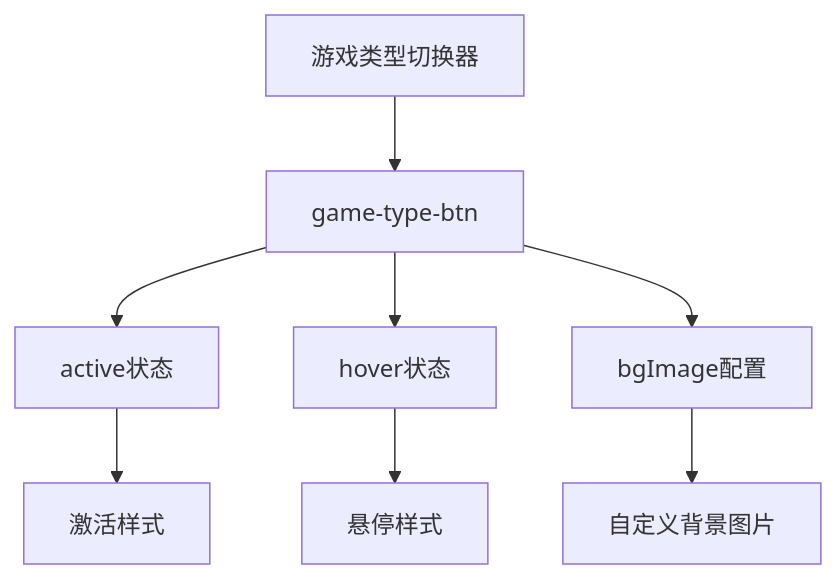
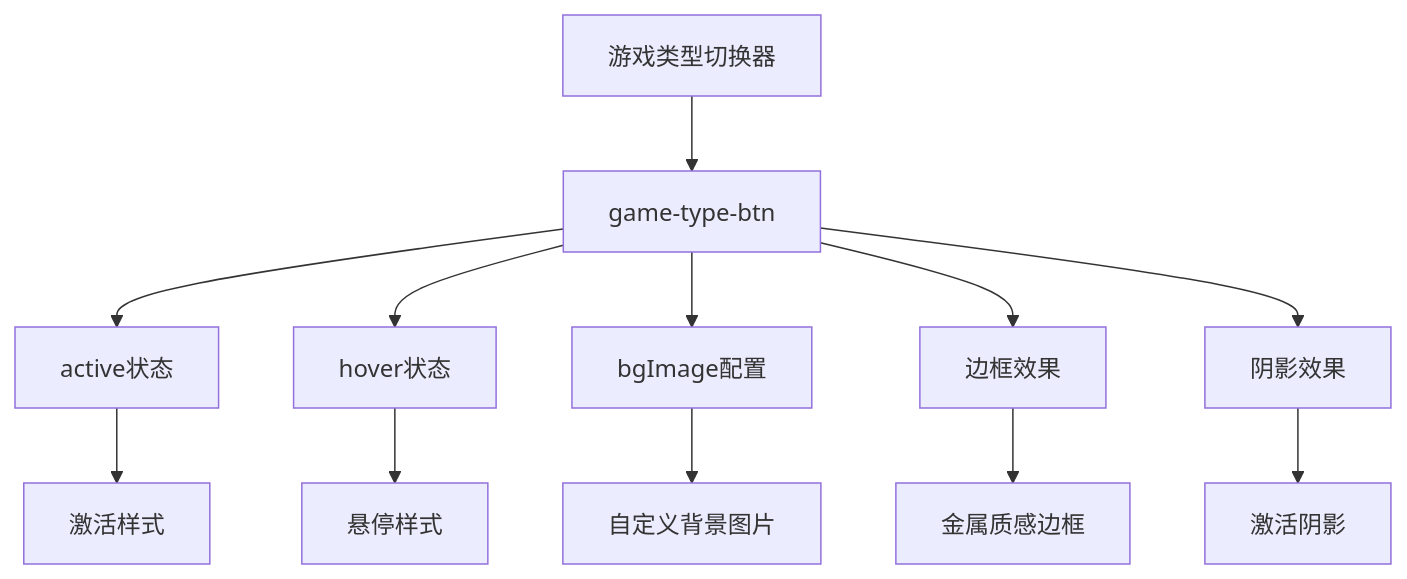
Before and after one commit to xuanyulingnfeg/gameCalendar: the eighth of 10 diagrams in .qoder/repowiki/zh/content/核心组件/GameCalendar 主容器组件.md, drawn with Mermaid. The commit also changed other lines of this file and 7 other files, not shown here.

````diff
--- a/.qoder/repowiki/zh/content/核心组件/GameCalendar 主容器组件.md
+++ b/.qoder/repowiki/zh/content/核心组件/GameCalendar 主容器组件.md
@@ -357,10 +400,14 @@
 ```mermaid
 flowchart TD
 GameTypeSwitcher[游戏类型切换器] --> GameTypeBtn[game-type-btn]
 GameTypeBtn --> ActiveState[active状态]
 ActiveState --> ActiveStyle[激活样式]
 GameTypeBtn --> HoverState[hover状态]
 HoverState --> HoverStyle[悬停样式]
 GameTypeBtn --> BackgroundImage[bgImage配置]
 BackgroundImage --> CustomBackground[自定义背景图片]
+GameTypeBtn --> BorderEffects[边框效果]
+BorderEffects --> MetalBorder[金属质感边框]
+GameTypeBtn --> ShadowEffects[阴影效果]
+ShadowEffects --> ActivationShadow[激活阴影]
 ```
````
